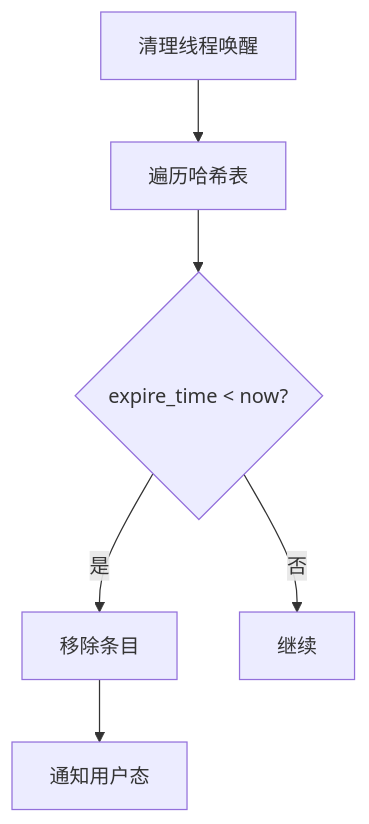
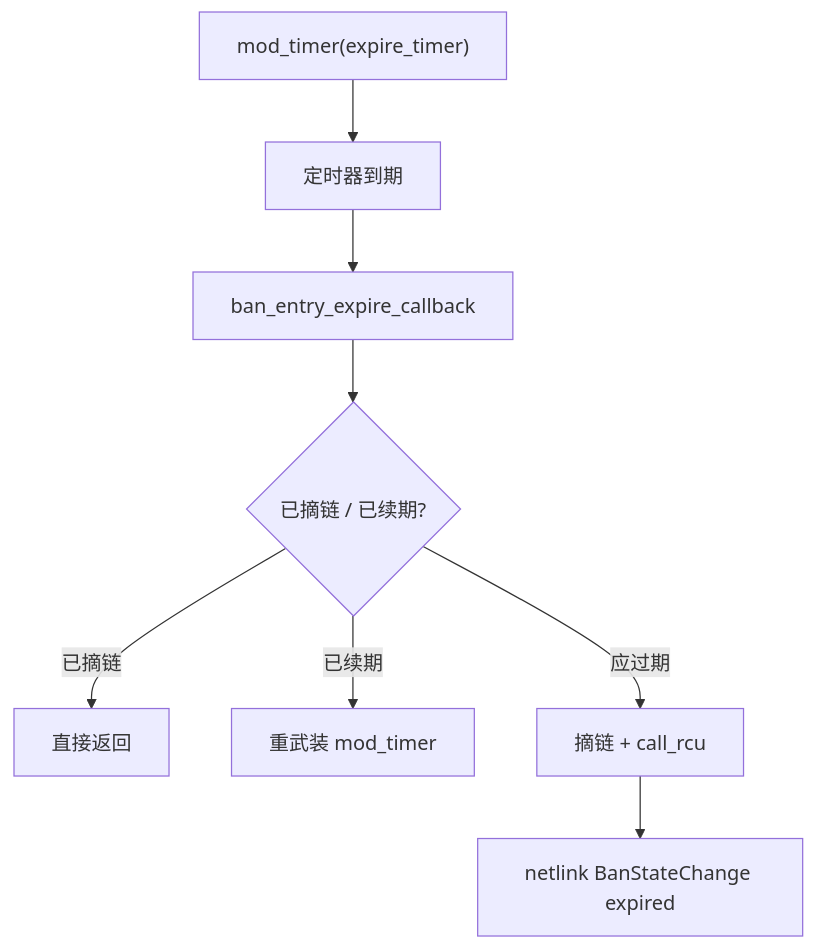
One commit to SnowCore8/linux-firewall-kmod changed the second of 4 diagrams in docs/zh/architecture/kernel-module.md. Above: the diagram before and after it, drawn with Mermaid. The commit also changed other lines of this file and 9 other files, not shown here.

First line of the commit message:
docs: 过期策略改为 per-entry expire_timer，去掉全局清理线程描述

````diff
--- a/docs/zh/architecture/kernel-module.md
+++ b/docs/zh/architecture/kernel-module.md
@@ -194,8 +207,10 @@
 ```mermaid
 graph TB
-    A["清理线程唤醒"] --> B["遍历哈希表"]
-    B --> C{"expire_time < now?"}
-    C -->|是| D["移除条目"]
-    D --> E["通知用户态"]
-    C -->|否| F["继续"]
+    A["mod_timer(expire_timer)"] --> B["定时器到期"]
+    B --> C["ban_entry_expire_callback"]
+    C --> D{"已摘链 / 已续期?"}
+    D -->|已摘链| E["直接返回"]
+    D -->|已续期| F["重武装 mod_timer"]
+    D -->|应过期| G["摘链 + call_rcu"]
+    G --> H["netlink BanStateChange expired"]
 ```
````
